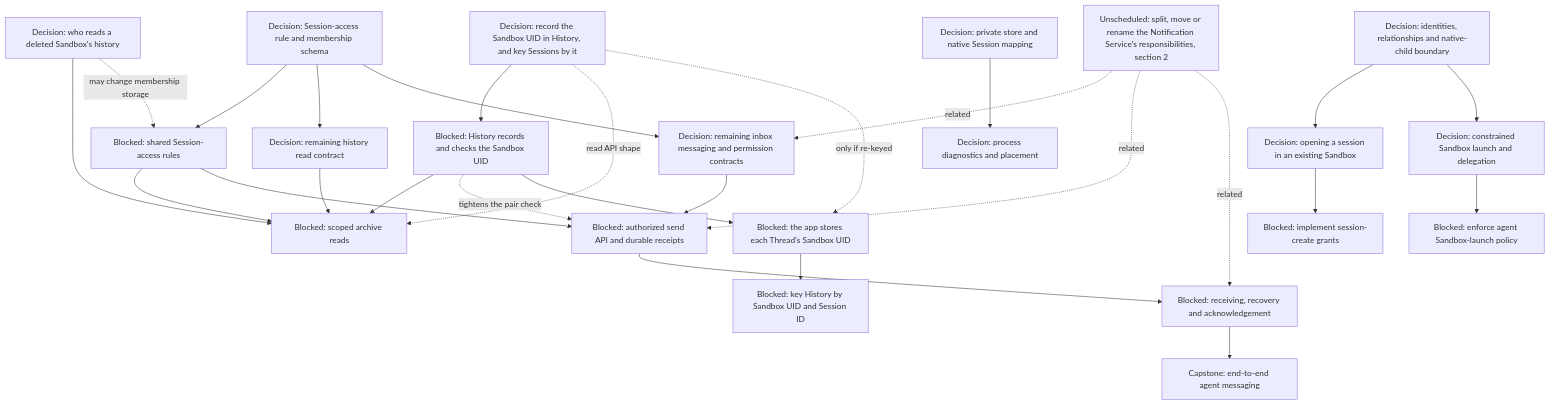
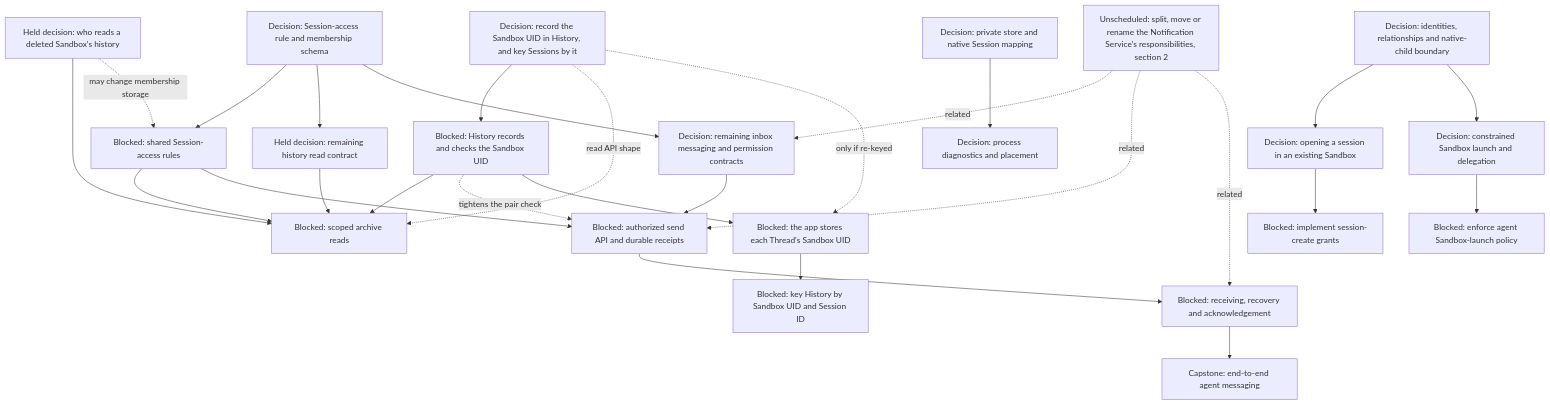
One commit to agentydragon-agent/ducktape changed the fifth of 16 diagrams in agentplane/plans/task_dag.md. Above: the diagram before and after it, drawn with Mermaid. The commit also changed other lines of this file and 1 other file, not shown here.

First line of the commit message:
docs(agentplane): mark the history read-permission decisions as held (#10905)

````diff
--- a/agentplane/plans/task_dag.md
+++ b/agentplane/plans/task_dag.md
@@ -250,49 +250,49 @@
 ```mermaid
 flowchart TD
     MULTIAGENT_MODEL[Decision: identities, relationships and native-child boundary]
     SESSION_ACCESS_RULES_DESIGN[Decision: Session-access rule and membership schema]
     SESSION_ACCESS_RULES[Blocked: shared Session-access rules]
-    THREAD_READ_POLICY_DESIGN[Decision: remaining history read contract]
-    HISTORY_ACCESS_AFTER_DELETION[Decision: who reads a deleted Sandbox's history]
+    THREAD_READ_POLICY_DESIGN[Held decision: remaining history read contract]
+    HISTORY_ACCESS_AFTER_DELETION[Held decision: who reads a deleted Sandbox's history]
     THREAD_READ_POLICY[Blocked: scoped archive reads]
     HISTORY_SESSION_KEY_DESIGN[Decision: record the Sandbox UID in History, and key Sessions by it]
     HISTORY_SANDBOX_UID[Blocked: History records and checks the Sandbox UID]
     APP_THREAD_SANDBOX_UID[Blocked: the app stores each Thread's Sandbox UID]
     HISTORY_SESSION_REKEY[Blocked: key History by Sandbox UID and Session ID]
     AGENT_MESSAGING_DESIGN[Decision: remaining inbox messaging and permission contracts]
     AGENT_MESSAGE_INGRESS[Blocked: authorized send API and durable receipts]
     AGENT_MESSAGE_RECEPTION[Blocked: receiving, recovery and acknowledgement]
     AGENT_MESSAGING[Capstone: end-to-end agent messaging]
     THREAD_CREATE_POLICY[Decision: opening a session in an existing Sandbox]
     THREAD_CREATE_AUTHORIZATION[Blocked: implement session-create grants]
     AGENT_LAUNCH_POLICY_DESIGN[Decision: constrained Sandbox launch and delegation]
     AGENT_SANDBOX_LAUNCH[Blocked: enforce agent Sandbox-launch policy]
     MULTIAGENT_MODEL --> THREAD_CREATE_POLICY
     MULTIAGENT_MODEL --> AGENT_LAUNCH_POLICY_DESIGN
     SESSION_ACCESS_RULES_DESIGN --> SESSION_ACCESS_RULES
     SESSION_ACCESS_RULES_DESIGN --> THREAD_READ_POLICY_DESIGN
     SESSION_ACCESS_RULES_DESIGN --> AGENT_MESSAGING_DESIGN
     THREAD_READ_POLICY_DESIGN --> THREAD_READ_POLICY
     HISTORY_ACCESS_AFTER_DELETION --> THREAD_READ_POLICY
     HISTORY_ACCESS_AFTER_DELETION -. may change membership storage .-> SESSION_ACCESS_RULES
     SESSION_ACCESS_RULES --> THREAD_READ_POLICY
     HISTORY_SESSION_KEY_DESIGN --> HISTORY_SANDBOX_UID
     HISTORY_SESSION_KEY_DESIGN -. read API shape .-> THREAD_READ_POLICY
     HISTORY_SESSION_KEY_DESIGN -. only if re-keyed .-> APP_THREAD_SANDBOX_UID
     HISTORY_SANDBOX_UID --> THREAD_READ_POLICY
     HISTORY_SANDBOX_UID -. tightens the pair check .-> AGENT_MESSAGE_INGRESS
     HISTORY_SANDBOX_UID --> APP_THREAD_SANDBOX_UID
     APP_THREAD_SANDBOX_UID --> HISTORY_SESSION_REKEY
     SESSION_ACCESS_RULES --> AGENT_MESSAGE_INGRESS
     AGENT_MESSAGING_DESIGN --> AGENT_MESSAGE_INGRESS
     AGENT_MESSAGE_INGRESS --> AGENT_MESSAGE_RECEPTION
     NOTIFICATION_SERVICE_SPLIT[Unscheduled: split, move or rename the Notification Service's responsibilities, section 2] -. related .-> AGENT_MESSAGING_DESIGN
     NOTIFICATION_SERVICE_SPLIT -. related .-> AGENT_MESSAGE_INGRESS
     NOTIFICATION_SERVICE_SPLIT -. related .-> AGENT_MESSAGE_RECEPTION
     AGENT_MESSAGE_RECEPTION --> AGENT_MESSAGING
     THREAD_CREATE_POLICY --> THREAD_CREATE_AUTHORIZATION
     AGENT_LAUNCH_POLICY_DESIGN --> AGENT_SANDBOX_LAUNCH
     RUNNER_HARNESS_OBJECTS_DESIGN[Decision: process diagnostics and placement]
     HARNESS_IDENTITY_DESIGN[Decision: private store and native Session mapping]
     HARNESS_IDENTITY_DESIGN --> RUNNER_HARNESS_OBJECTS_DESIGN
 ```
````
